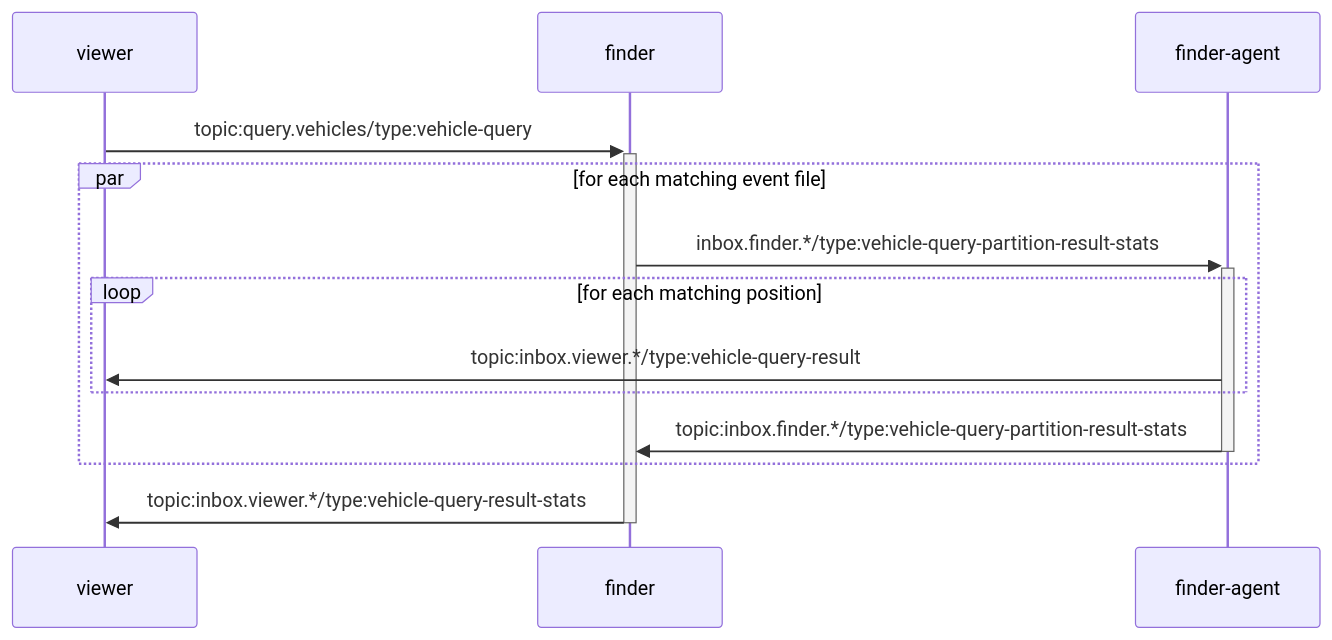
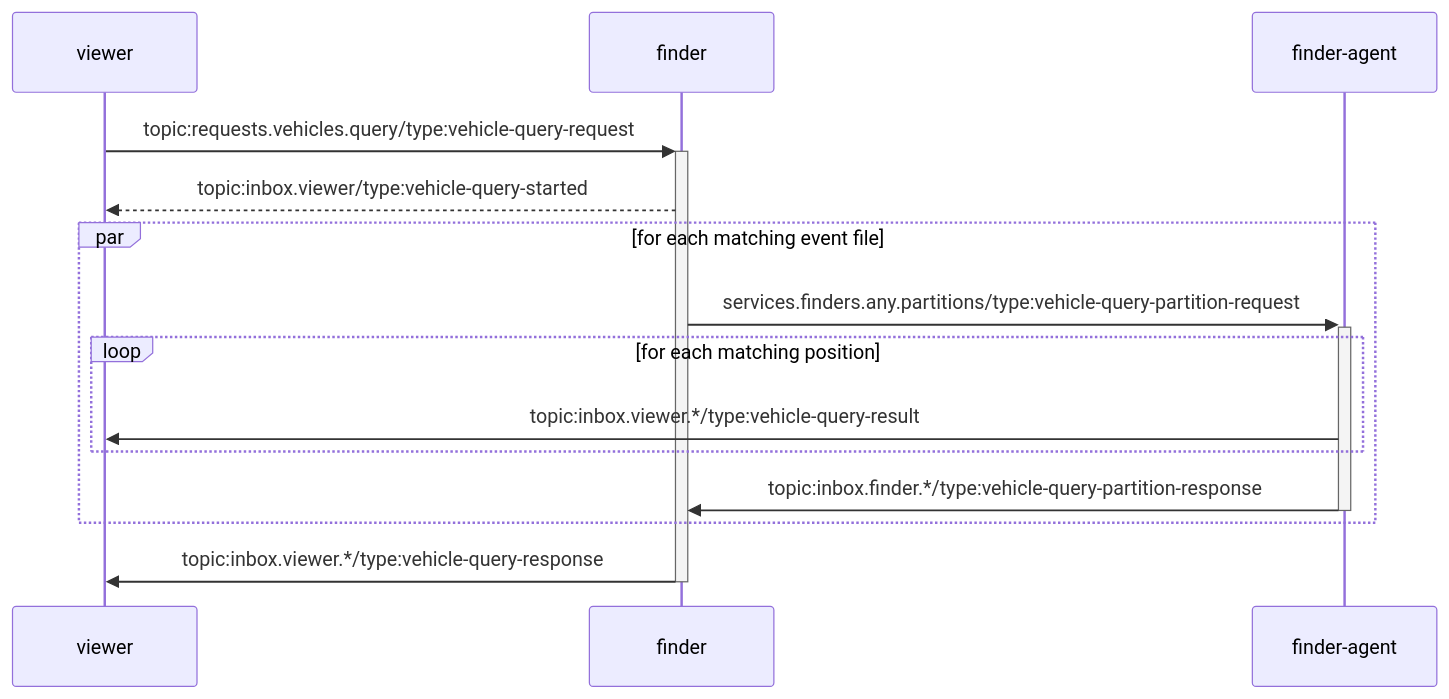
One commit to livetocode/vehicle-fleet-poc changed the third of 3 diagrams in README.md. Above: the diagram before and after it, drawn with Mermaid. The commit also changed other lines of this file and 6 other files, not shown here.

````diff
--- a/README.md
+++ b/README.md
@@ -131,12 +166,13 @@
 ```mermaid
 sequenceDiagram
-    viewer ->>+ finder: topic:query.vehicles/type:vehicle-query
+    viewer ->>+ finder: topic:requests.vehicles.query/type:vehicle-query-request
+    finder -->> viewer: topic:inbox.viewer/type:vehicle-query-started
     par for each matching event file
-        finder ->>+ finder-agent: inbox.finder.*/type:vehicle-query-partition-result-stats
+        finder ->>+ finder-agent: services.finders.any.partitions/type:vehicle-query-partition-request
         loop for each matching position
             finder-agent ->> viewer: topic:inbox.viewer.*/type:vehicle-query-result
         end
-        finder-agent ->>- finder: topic:inbox.finder.*/type:vehicle-query-partition-result-stats
+        finder-agent ->>- finder: topic:inbox.finder.*/type:vehicle-query-partition-response
     end
-    finder ->>- viewer: topic:inbox.viewer.*/type:vehicle-query-result-stats
+    finder ->>- viewer: topic:inbox.viewer.*/type:vehicle-query-response
 ```
````
